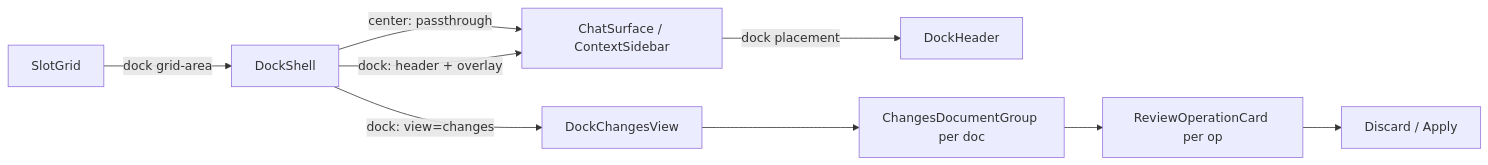
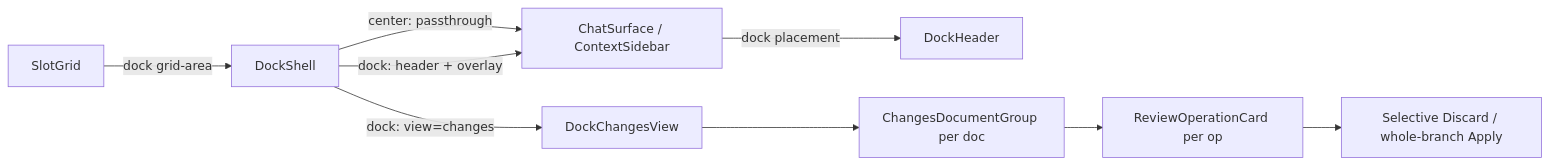
Before and after one commit to haowjy/meridian: the diagram in apps/app/src/features/project/dock/.context/CONTEXT.md, drawn with Mermaid. The commit also changed other lines of this file and 11 other files, not shown here.

````diff
--- a/apps/app/src/features/project/dock/.context/CONTEXT.md
+++ b/apps/app/src/features/project/dock/.context/CONTEXT.md
@@ -103,11 +105,11 @@
 ```mermaid
 flowchart LR
     Grid[SlotGrid] -->|dock grid-area| DockShell
     DockShell -->|center: passthrough| Occupant[ChatSurface / ContextSidebar]
     DockShell -->|dock: header + overlay| Occupant
     DockShell -->|dock: view=changes| Changes[DockChangesView]
     Occupant -->|dock placement| DockHeader
     Changes --> DocGroup[ChangesDocumentGroup per doc]
     DocGroup --> Card[ReviewOperationCard per op]
-    Card --> Verbs[Discard / Apply]
+    Card --> Verbs[Selective Discard / whole-branch Apply]
 ```
````
